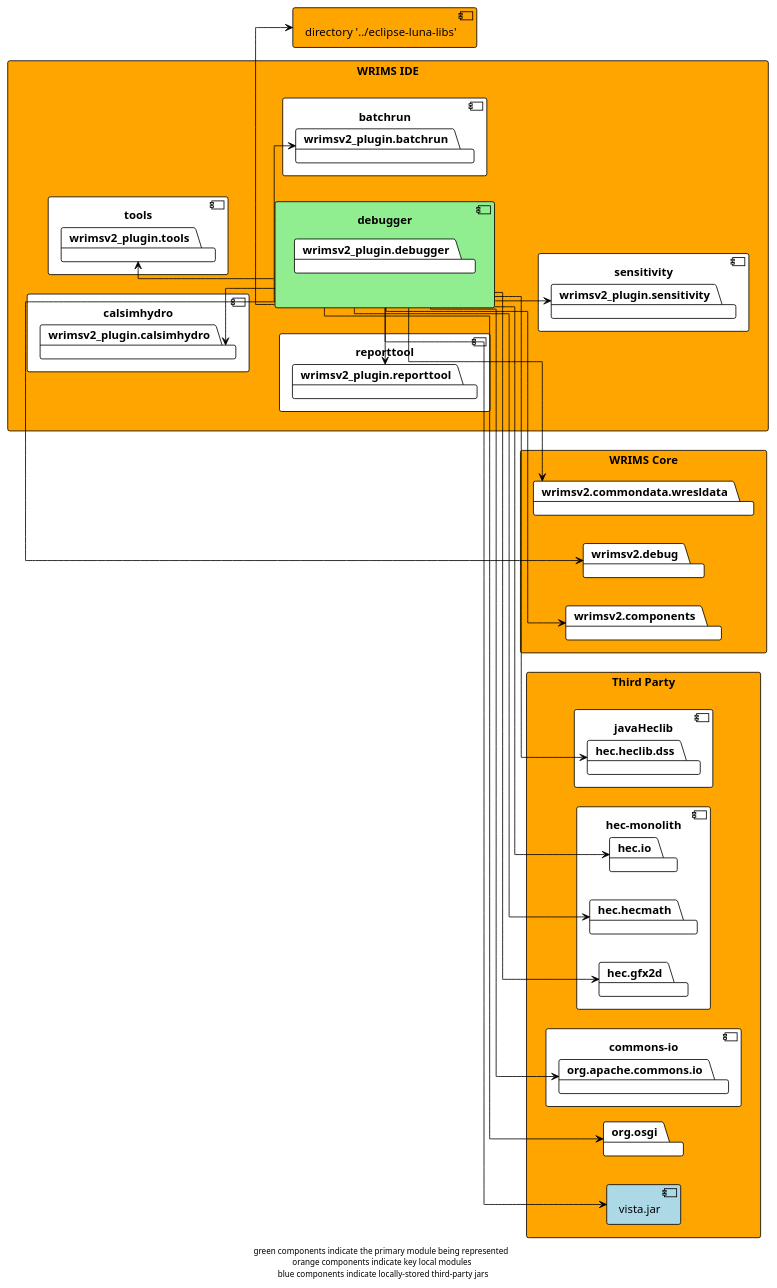
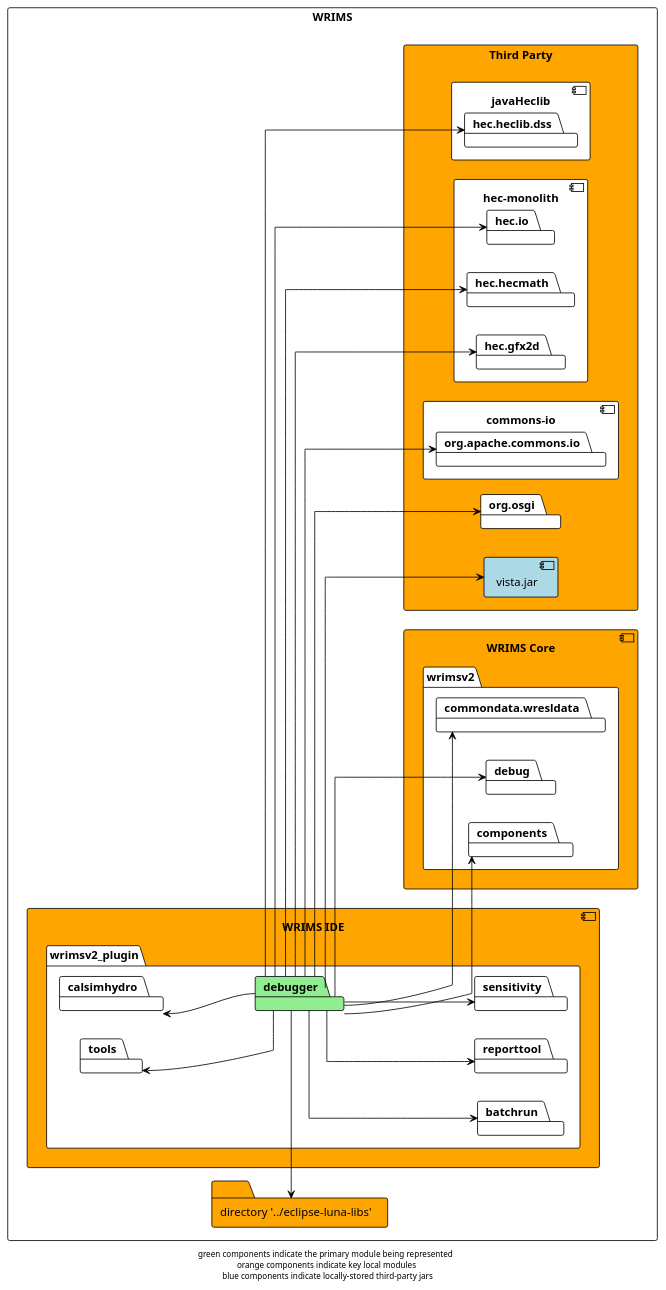
The diagram in docs/diagrams/wrims-ide/wrims-ide_debugger.plantuml (CentralValleyModeling/wrims), drawn with PlantUML before and after one commit. The commit also changed 63 other files, not shown here.

Commit message:
updated diagrams for improved consistency and legibility

```diff
--- a/docs/diagrams/wrims-ide/wrims-ide_debugger.plantuml
+++ b/docs/diagrams/wrims-ide/wrims-ide_debugger.plantuml
@@ -1,70 +1,63 @@
 @startuml
 
 !theme plain
 left to right direction
 skinparam linetype ortho
 
-rectangle wrims-ide as "WRIMS IDE" #orange {
-    component debugger #lightgreen {
-        package wrimsv2_plugin.debugger
+rectangle WRIMS {
+    component wrims-ide as "WRIMS IDE" #orange {
+        package wrimsv2_plugin {
+            package debugger #lightgreen
+            package tools
+            package batchrun
+            package calsimhydro
+            package reporttool
+            package sensitivity
+        }
     }
-    component tools {
-        package wrimsv2_plugin.tools
+
+    component wrims_core as "WRIMS Core" #orange {
+        package wrimsv2 {
+            package commondata.wresldata
+            package debug
+            package components
+        }
     }
-    component batchrun {
-        package wrimsv2_plugin.batchrun
+
+    rectangle third-party as "Third Party" #orange {
+        package org.osgi
+        component javaHeclib {
+            package hec.heclib.dss
+        }
+        component hec.monolith as "hec-monolith" {
+            package hec.io
+            package hec.hecmath
+            package hec.gfx2d
+        }
+        component vista.jar #lightblue
+        component commons_io as "commons-io" {
+            package org.apache.commons.io
+        }
     }
-    component calsimhydro {
-        package wrimsv2_plugin.calsimhydro
-    }
-    component reporttool {
-        package wrimsv2_plugin.reporttool
-    }
-    component sensitivity {
-        package wrimsv2_plugin.sensitivity
-    }
+
+    folder luna_libs as "directory '../eclipse-luna-libs'" #orange
 }
-
-rectangle wrims_core as "WRIMS Core" #orange {
-    package wrimsv2.commondata.wresldata
-    package wrimsv2.debug
-    package wrimsv2.components
-}
-
-rectangle third-party as "Third Party" #orange {
-    package org.osgi
-    component javaHeclib {
-        package hec.heclib.dss
-    }
-    component hec.monolith as "hec-monolith" {
-        package hec.io
-        package hec.hecmath
-        package hec.gfx2d
-    }
-    component vista.jar #lightblue
-    component commons_io as "commons-io" {
-        package org.apache.commons.io
-    }
-}
-
-component luna_libs as "directory '../eclipse-luna-libs'" #orange
-
 debugger -> luna_libs
-debugger -up-> wrimsv2_plugin.tools
-debugger -> wrimsv2_plugin.batchrun
-debugger -> wrimsv2.commondata.wresldata
-debugger -> wrimsv2.debug
+debugger -up-> tools
+debugger --> batchrun
+debugger -> commondata.wresldata
+debugger -> debug
 debugger -right-> org.osgi
 debugger -down-> hec.heclib.dss
-debugger -up-> wrimsv2_plugin.calsimhydro
+debugger -up-> calsimhydro
 debugger -down-> hec.io
 debugger -down-> vista.jar
 debugger -down-> org.apache.commons.io
-debugger -down-> wrimsv2.components
+debugger -down-> components
 debugger -down-> hec.hecmath
-debugger -right-> wrimsv2_plugin.reporttool
-debugger -down-> wrimsv2_plugin.sensitivity
+debugger --> reporttool
+debugger -down-> sensitivity
 debugger -down-> hec.gfx2d
 
 footer "green components indicate the primary module being represented \n orange components indicate key local modules \n blue components indicate locally-stored third-party jars"
 @enduml
```
